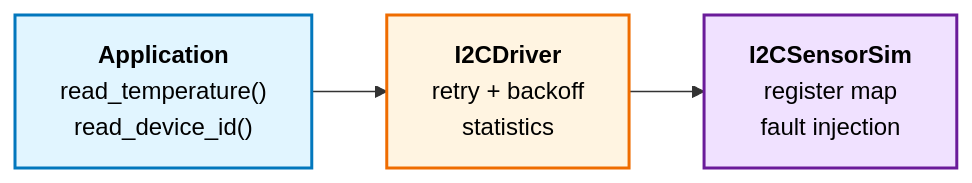
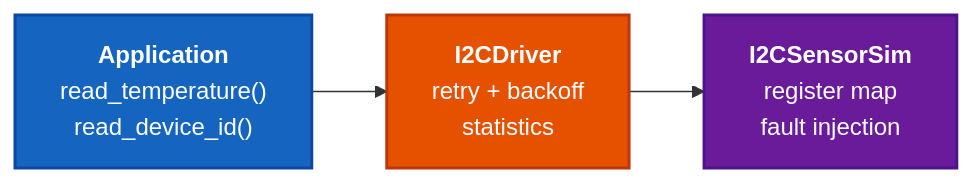
The diagram in README.md (Duke-Tang/stm32-i2c-sensor-autotest), drawn with Mermaid before and after one commit.

````diff
--- a/README.md
+++ b/README.md
@@ -45,12 +45,12 @@
 ```mermaid
 flowchart LR
     A["<b>Application</b><br/>read_temperature()<br/>read_device_id()"]
     B["<b>I2CDriver</b><br/>retry + backoff<br/>statistics"]
     C["<b>I2CSensorSim</b><br/>register map<br/>fault injection"]
     
     A --> B --> C
     
-    style A fill:#e1f5ff,stroke:#0277bd,stroke-width:2px,color:#000
-    style B fill:#fff4e1,stroke:#ef6c00,stroke-width:2px,color:#000
-    style C fill:#f0e1ff,stroke:#6a1b9a,stroke-width:2px,color:#000
+    style A fill:#1565c0,stroke:#0d47a1,stroke-width:2px,color:#fff
+    style B fill:#e65100,stroke:#bf360c,stroke-width:2px,color:#fff
+    style C fill:#6a1b9a,stroke:#4a148c,stroke-width:2px,color:#fff
 ```
````
